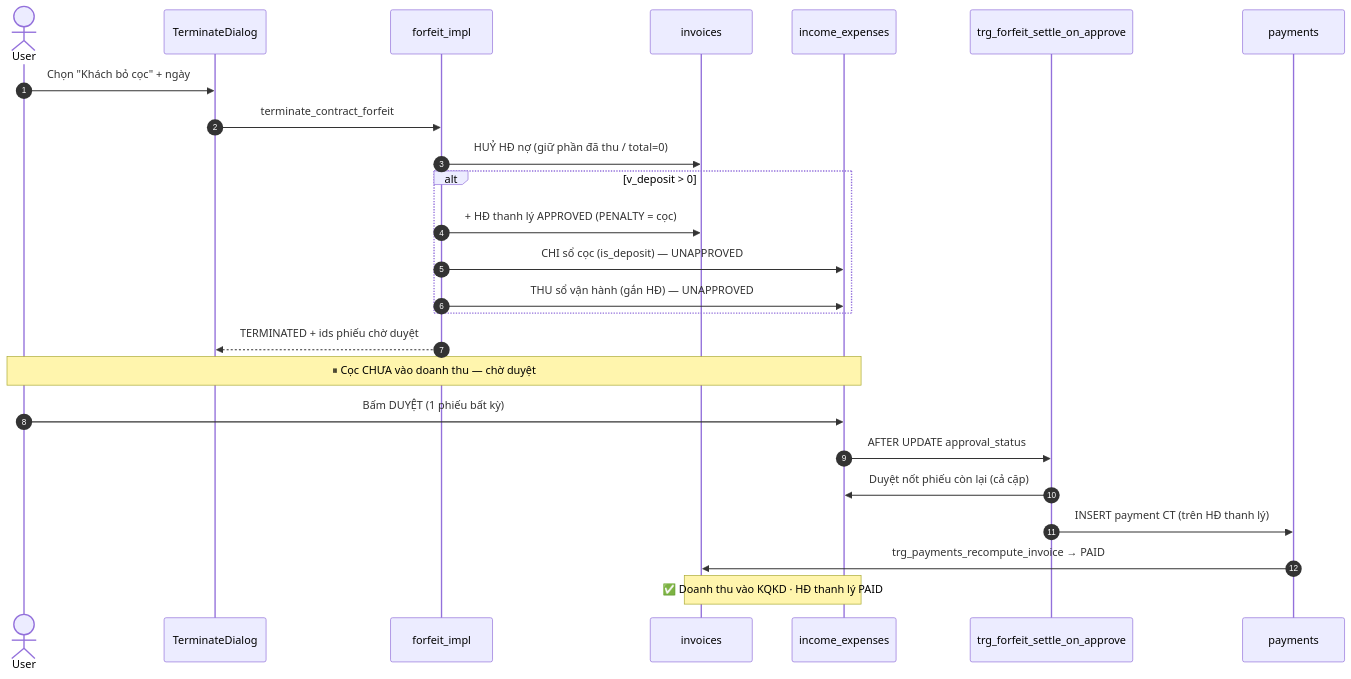
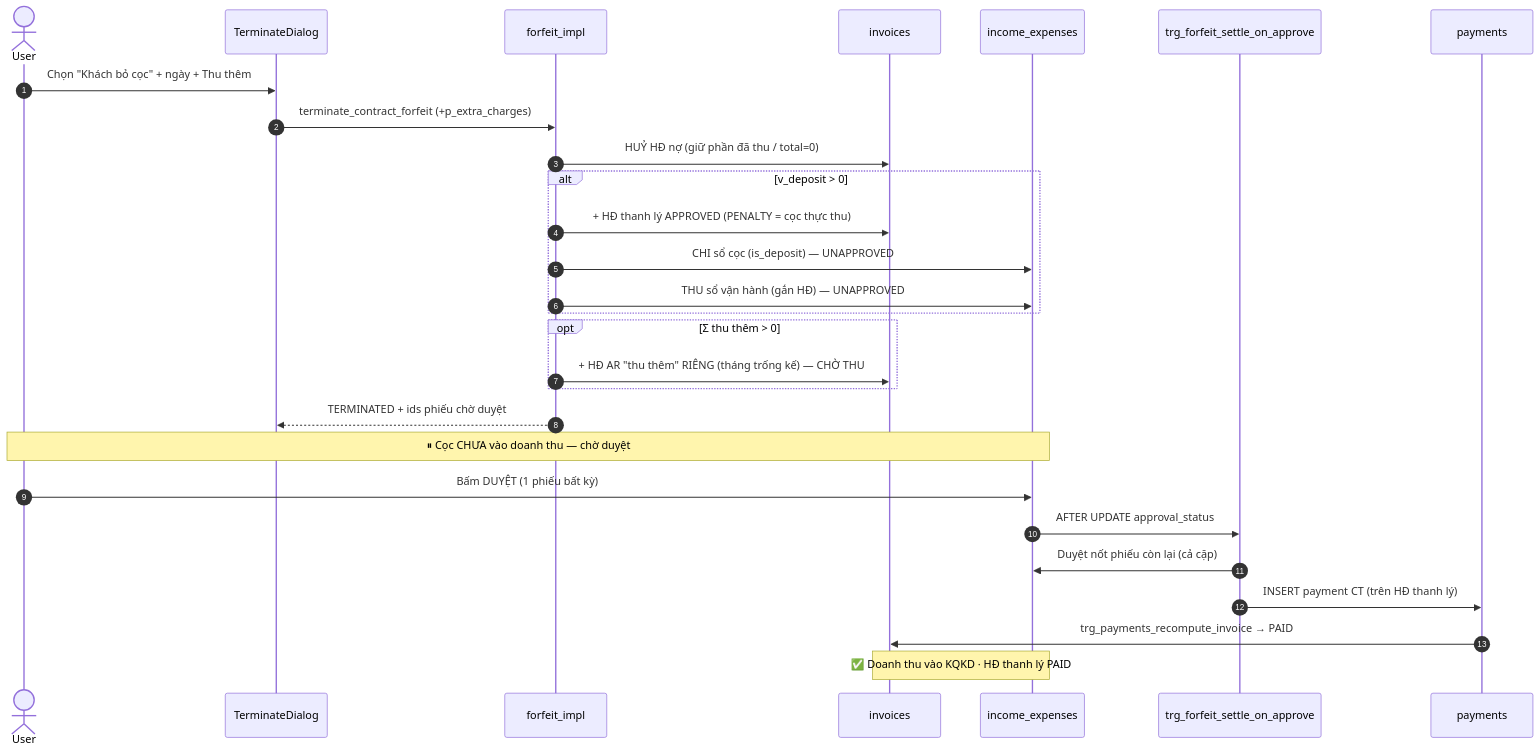
One commit to zxGreenxz/whiteboard-ihomecrm changed the first of 2 diagrams in docs/he-thong/16-thanh-ly-hop-dong.md. Above: the diagram before and after it, drawn with Mermaid. The commit also changed other lines of this file and 20 other files, not shown here.

````diff
--- a/docs/he-thong/16-thanh-ly-hop-dong.md
+++ b/docs/he-thong/16-thanh-ly-hop-dong.md
@@ -130,28 +190,31 @@
 ```mermaid
 sequenceDiagram
     autonumber
     actor U as User
     participant FE as TerminateDialog
     participant RPC as forfeit_impl
     participant INV as invoices
     participant IE as income_expenses
     participant TR as trg_forfeit_settle_on_approve
     participant PAY as payments
 
-    U->>FE: Chọn "Khách bỏ cọc" + ngày
-    FE->>RPC: terminate_contract_forfeit
+    U->>FE: Chọn "Khách bỏ cọc" + ngày + Thu thêm
+    FE->>RPC: terminate_contract_forfeit (+p_extra_charges)
     RPC->>INV: HUỶ HĐ nợ (giữ phần đã thu / total=0)
     alt v_deposit > 0
-        RPC->>INV: + HĐ thanh lý APPROVED (PENALTY = cọc)
+        RPC->>INV: + HĐ thanh lý APPROVED (PENALTY = cọc thực thu)
         RPC->>IE: CHI sổ cọc (is_deposit) — UNAPPROVED
         RPC->>IE: THU sổ vận hành (gắn HĐ) — UNAPPROVED
+    end
+    opt Σ thu thêm > 0
+        RPC->>INV: + HĐ AR "thu thêm" RIÊNG (tháng trống kế) — CHỜ THU
     end
     RPC-->>FE: TERMINATED + ids phiếu chờ duyệt
     Note over U,IE: ⏸ Cọc CHƯA vào doanh thu — chờ duyệt
     U->>IE: Bấm DUYỆT (1 phiếu bất kỳ)
     IE->>TR: AFTER UPDATE approval_status
     TR->>IE: Duyệt nốt phiếu còn lại (cả cặp)
     TR->>PAY: INSERT payment CT (trên HĐ thanh lý)
     PAY->>INV: trg_payments_recompute_invoice → PAID
     Note over IE,INV: ✅ Doanh thu vào KQKD · HĐ thanh lý PAID
 ```
````
